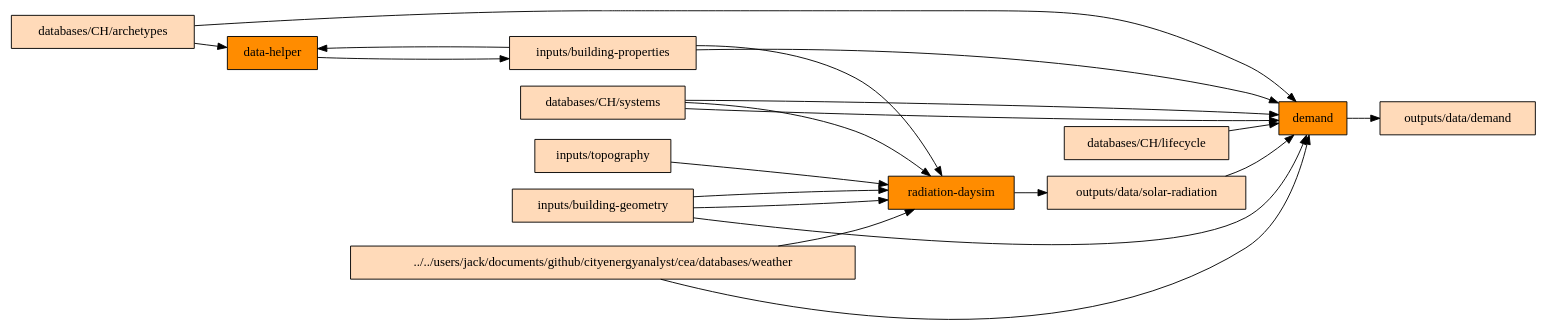
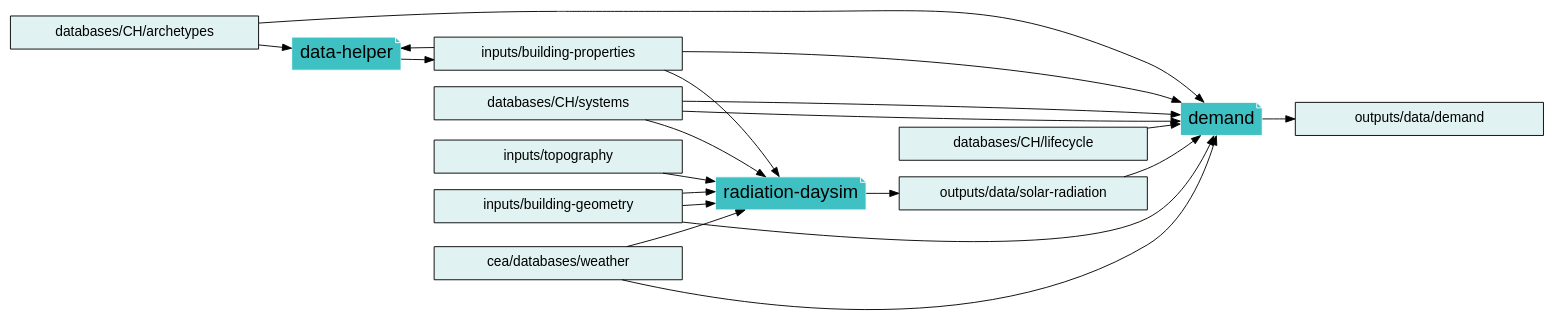
One commit to architecture-building-systems/CityEnergyAnalyst changed the diagram in docs/script_dependencies/data-helper_radiation-daysim_demand.gv. Above: the diagram before and after it, drawn with Graphviz. The commit also changed 20 other files, not shown here.

```diff
--- a/docs/script_dependencies/data-helper_radiation-daysim_demand.gv
+++ b/docs/script_dependencies/data-helper_radiation-daysim_demand.gv
@@ -1,27 +1,27 @@
 digraph trace_inputlocator {
     rankdir="LR";
-    node [shape=box, style=filled, fillcolor=peachpuff]
-    graph [overlap = false];
-    "data-helper"[style=filled, fillcolor=darkorange];
-    "demand"[style=filled, fillcolor=darkorange];
-    "radiation-daysim"[style=filled, fillcolor=darkorange];
+    graph [overlap = false, fontname=arial];
+    "data-helper"[shape=note, style=filled, color=white, fillcolor="#3FC0C2", fontname=arial, fontsize=20];
+    "demand"[shape=note, style=filled, color=white, fillcolor="#3FC0C2", fontname=arial, fontsize=20];
+    "radiation-daysim"[shape=note, style=filled, color=white, fillcolor="#3FC0C2", fontname=arial, fontsize=20];
+    node [shape=box, style=filled, fillcolor="#E1F2F2", fontname=arial, fontsize=15, fixedsize=true, width=3.75]
     "databases/CH/archetypes" -> "data-helper"
     "inputs/building-properties" -> "data-helper"
     "databases/CH/archetypes" -> "demand"
     "inputs/building-properties" -> "demand"
     "databases/CH/systems" -> "demand"
     "databases/CH/lifecycle" -> "demand"
     "outputs/data/solar-radiation" -> "demand"
     "databases/CH/systems" -> "demand"
-    "../../users/jack/documents/github/cityenergyanalyst/cea/databases/weather" -> "demand"
+    "cea/databases/weather" -> "demand"
     "inputs/building-geometry" -> "demand"
     "inputs/building-properties" -> "radiation-daysim"
     "inputs/building-geometry" -> "radiation-daysim"
     "databases/CH/systems" -> "radiation-daysim"
     "inputs/topography" -> "radiation-daysim"
-    "../../users/jack/documents/github/cityenergyanalyst/cea/databases/weather" -> "radiation-daysim"
+    "cea/databases/weather" -> "radiation-daysim"
     "inputs/building-geometry" -> "radiation-daysim"
     "data-helper" -> "inputs/building-properties"
     "demand" -> "outputs/data/demand"
     "radiation-daysim" -> "outputs/data/solar-radiation"
 }
```
